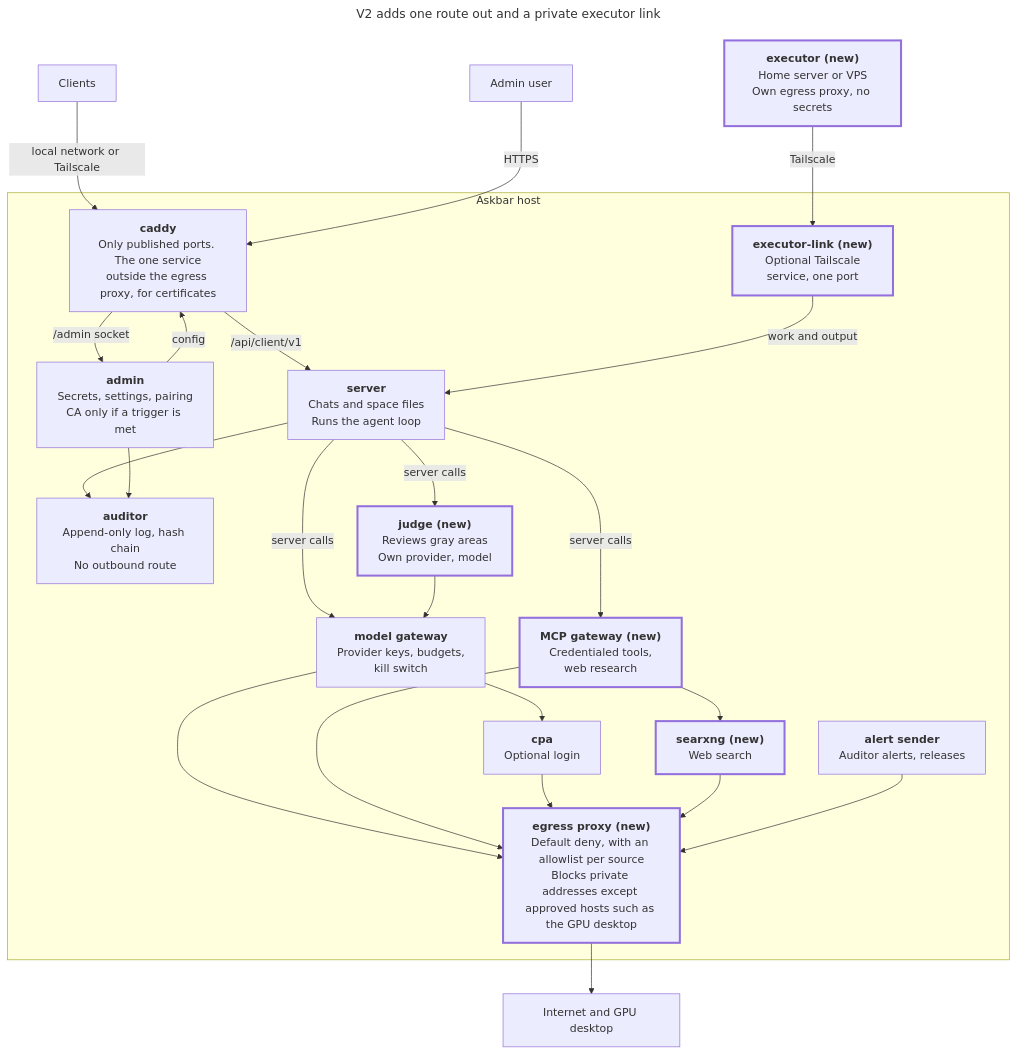
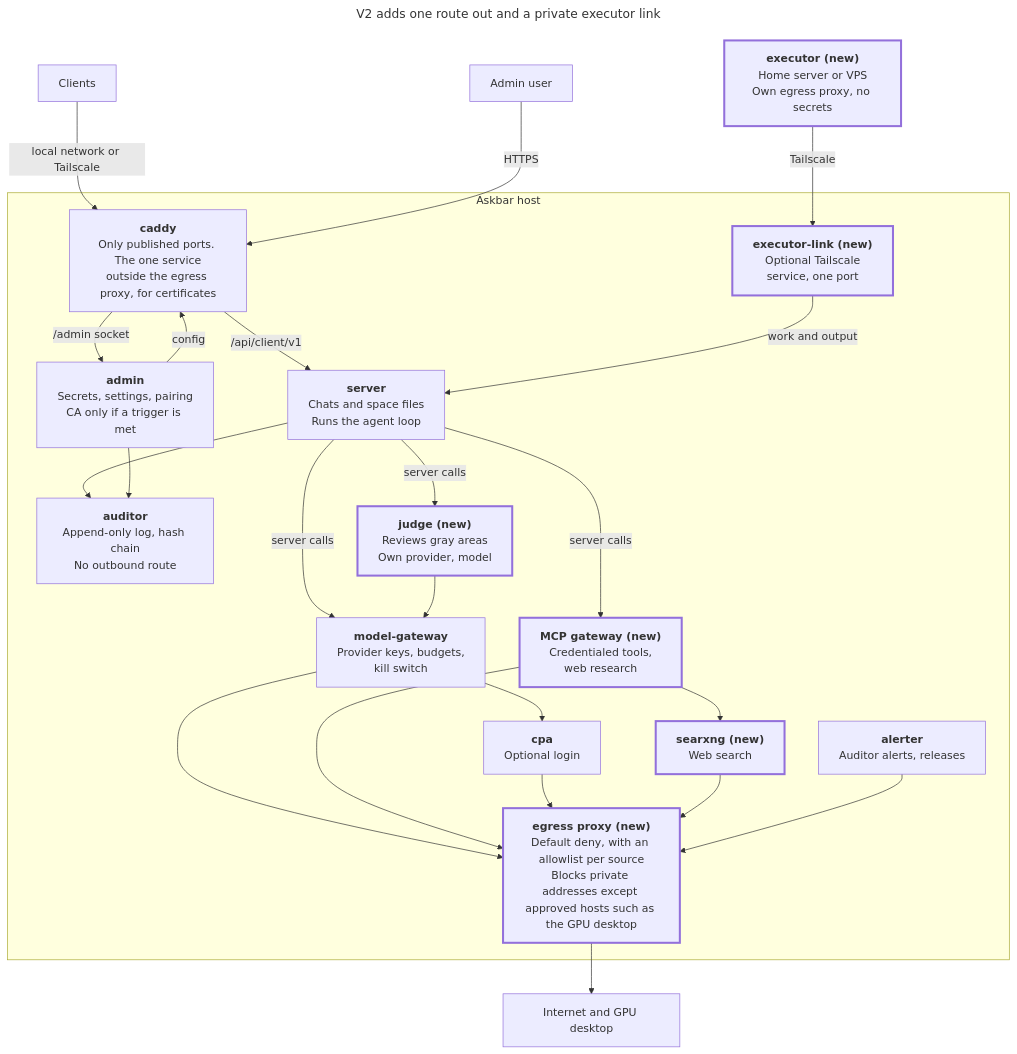
The second of 2 diagrams in docs/architecture-plan.md (Thewuuryar/askbar), drawn with Mermaid before and after one commit. The commit also changed other lines of this file and 15 other files, not shown here.

First line of the commit message:
docs(docs): name the model-gateway and alerter components

````diff
--- a/docs/architecture-plan.md
+++ b/docs/architecture-plan.md
@@ -452,51 +452,51 @@
 ```mermaid
 ---
 title: V2 adds one route out and a private executor link
 ---
 flowchart TB
     clients["Clients"]
     adminUser["Admin user"]
 
     subgraph host["Askbar host"]
         caddy["<b>caddy</b><br/>Only published ports. The one service<br/>outside the egress proxy, for certificates"]
         server["<b>server</b><br/>Chats and space files<br/>Runs the agent loop"]
         auditor["<b>auditor</b><br/>Append-only log, hash chain<br/>No outbound route"]
         admin["<b>admin</b><br/>Secrets, settings, pairing<br/>CA only if a trigger is met"]
         judge["<b>judge (new)</b><br/>Reviews gray areas<br/>Own provider, model"]
-        gateway["<b>model gateway</b><br/>Provider keys, budgets,<br/>kill switch"]
+        modelGateway["<b>model-gateway</b><br/>Provider keys, budgets,<br/>kill switch"]
         mcp["<b>MCP gateway (new)</b><br/>Credentialed tools,<br/>web research"]
         link["<b>executor-link (new)</b><br/>Optional Tailscale<br/>service, one port"]
         cpa["<b>cpa</b><br/>Optional login"]
         searxng["<b>searxng (new)</b><br/>Web search"]
-        sender["<b>alert sender</b><br/>Auditor alerts, releases"]
+        alerter["<b>alerter</b><br/>Auditor alerts, releases"]
         egress["<b>egress proxy (new)</b><br/>Default deny, with an allowlist per source<br/>Blocks private addresses except approved hosts such as the GPU desktop"]
     end
 
     internet["Internet and GPU desktop"]
     executor["<b>executor (new)</b><br/>Home server or VPS<br/>Own egress proxy, no secrets"]
 
     clients -->|"local network or Tailscale"| caddy
     adminUser -->|"HTTPS"| caddy
     caddy -->|"/api/client/v1"| server
     caddy -->|"/admin socket"| admin
     admin -->|"config"| caddy
     server --> auditor
     admin --> auditor
     server -->|"server calls"| judge
-    server -->|"server calls"| gateway
+    server -->|"server calls"| modelGateway
     server -->|"server calls"| mcp
     link -->|"work and output"| server
-    judge --> gateway
-    gateway --> cpa
+    judge --> modelGateway
+    modelGateway --> cpa
     mcp --> searxng
-    gateway --> egress
+    modelGateway --> egress
     mcp --> egress
     cpa --> egress
     searxng --> egress
-    sender --> egress
+    alerter --> egress
     egress --> internet
     executor -->|"Tailscale"| link
 
     classDef new stroke-width:3px
     class judge,mcp,link,searxng,egress,executor new
 ```
````
